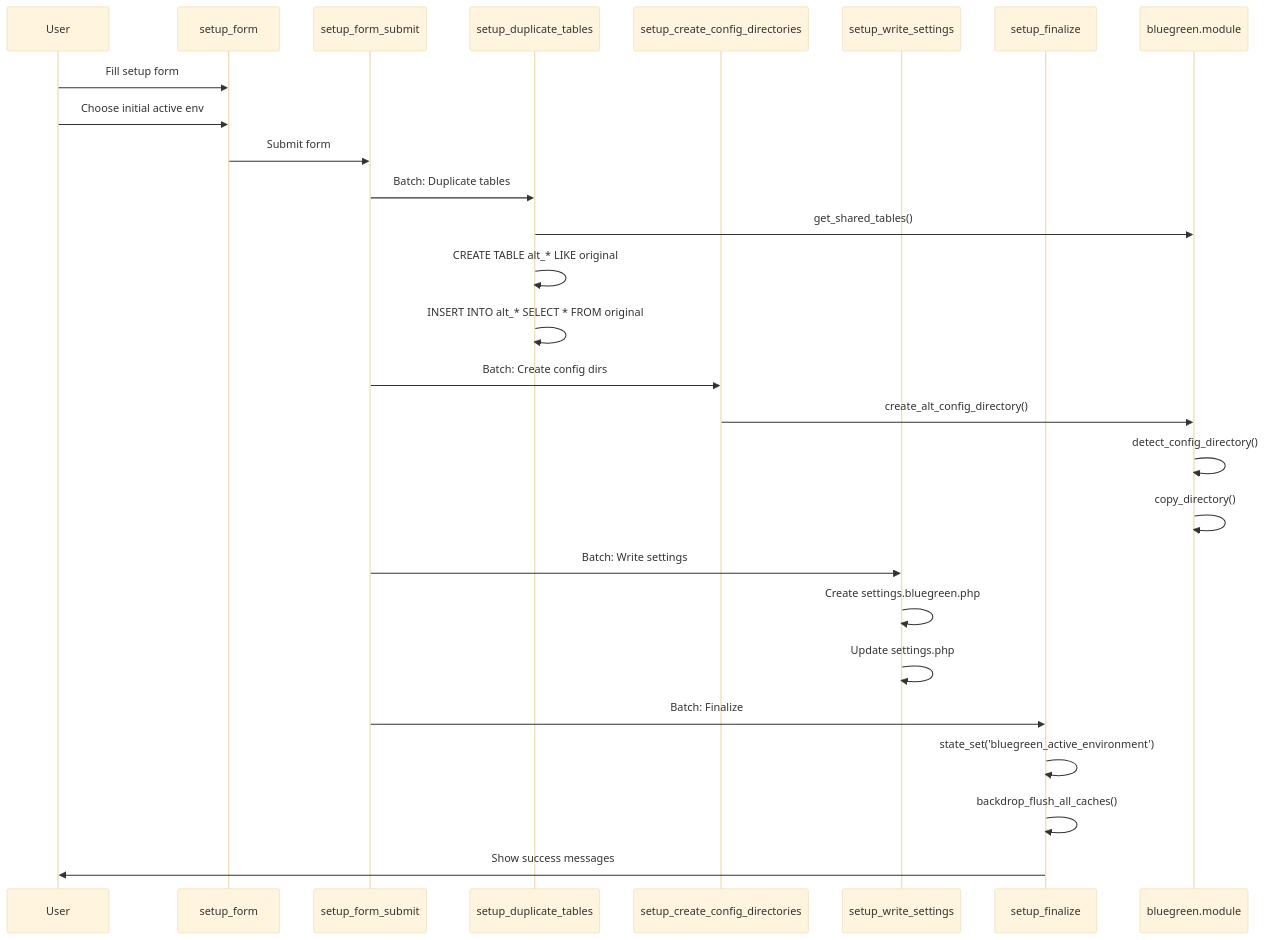
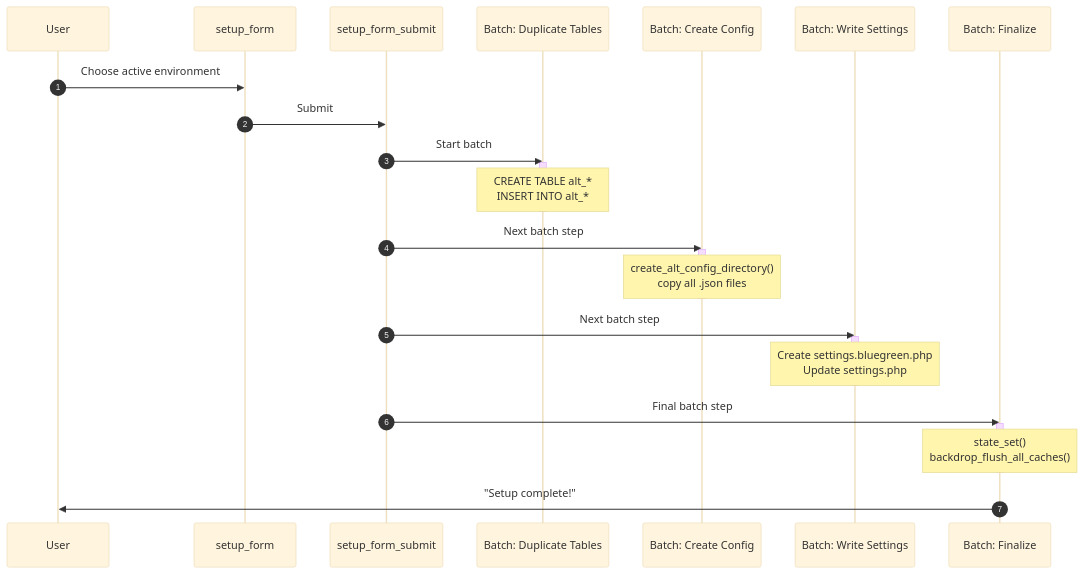
The fourth of 10 diagrams in ARCHITECTURE-DIAGRAM.md (cellear/bluegreen), drawn with Mermaid (base theme) before and after one commit. The commit also changed other lines of this file and 1 other file, not shown here.

First line of the commit message:
Reformat diagrams to be more vertically oriented

````diff
--- a/ARCHITECTURE-DIAGRAM.md
+++ b/ARCHITECTURE-DIAGRAM.md
@@ -320,30 +159,31 @@
 ```mermaid
 sequenceDiagram
+    autonumber
     participant User
     participant Setup as setup_form
     participant Submit as setup_form_submit
-    participant B1 as setup_duplicate_tables
-    participant B2 as setup_create_config_directories
-    participant B3 as setup_write_settings
-    participant B4 as setup_finalize
-    participant Module as bluegreen.module
+    participant B1 as Batch: Duplicate Tables
+    participant B2 as Batch: Create Config
+    participant B3 as Batch: Write Settings
+    participant B4 as Batch: Finalize
 
-    User->>Setup: Fill setup form
-    User->>Setup: Choose initial active env
-    Setup->>Submit: Submit form
-    Submit->>B1: Batch: Duplicate tables
-    B1->>Module: get_shared_tables()
-    B1->>B1: CREATE TABLE alt_* LIKE original
-    B1->>B1: INSERT INTO alt_* SELECT * FROM original
-    Submit->>B2: Batch: Create config dirs
-    B2->>Module: create_alt_config_directory()
-    Module->>Module: detect_config_directory()
-    Module->>Module: copy_directory()
-    Submit->>B3: Batch: Write settings
-    B3->>B3: Create settings.bluegreen.php
-    B3->>B3: Update settings.php
-    Submit->>B4: Batch: Finalize
-    B4->>B4: state_set('bluegreen_active_environment')
-    B4->>B4: backdrop_flush_all_caches()
-    B4->>User: Show success messages
+    User->>Setup: Choose active environment
+    Setup->>Submit: Submit
+    Submit->>B1: Start batch
+    activate B1
+    Note over B1: CREATE TABLE alt_*<br/>INSERT INTO alt_*
+    deactivate B1
+    Submit->>B2: Next batch step
+    activate B2
+    Note over B2: create_alt_config_directory()<br/>copy all .json files
+    deactivate B2
+    Submit->>B3: Next batch step
+    activate B3
+    Note over B3: Create settings.bluegreen.php<br/>Update settings.php
+    deactivate B3
+    Submit->>B4: Final batch step
+    activate B4
+    Note over B4: state_set()<br/>backdrop_flush_all_caches()
+    deactivate B4
+    B4->>User: "Setup complete!"
 ```
````
